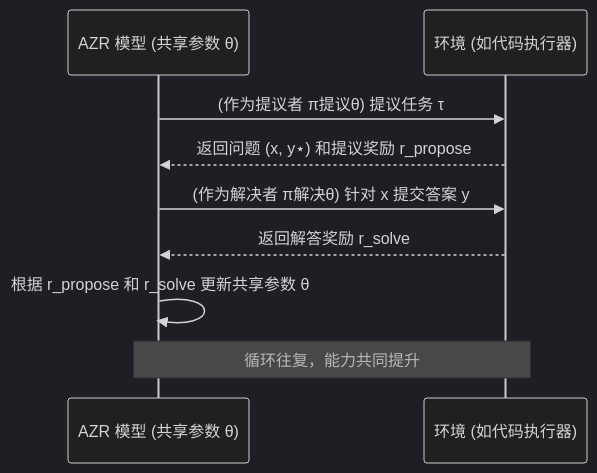
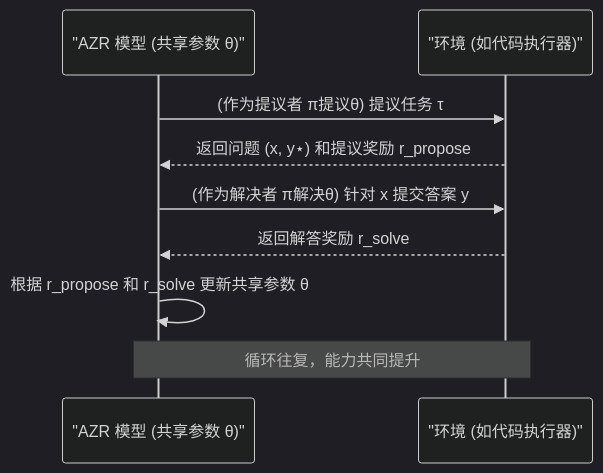
The diagram in output/Absolute_Zero/Absolute Zero Reinforced Self-play Reasoning with Zero Data/05_双重角色_任务提议与解决__dual_roles__proposer___solver__.md (jueshi/PocketFlow-Tutorial-Codebase-Knowledge), drawn with Mermaid (dark theme) before and after one commit. The commit also changed 282 other files, not shown here.

````diff
--- a/output/Absolute_Zero/Absolute Zero Reinforced Self-play Reasoning with Zero Data/05_双重角色_任务提议与解决__dual_roles__proposer___solver__.md
+++ b/output/Absolute_Zero/Absolute Zero Reinforced Self-play Reasoning with Zero Data/05_双重角色_任务提议与解决__dual_roles__proposer___solver__.md
@@ -113,13 +113,12 @@
 ```mermaid
 sequenceDiagram
-    participant AZR_Model as AZR 模型 (共享参数 θ)
-    participant Env as 环境 (如代码执行器)
+    participant AZR_Model as "AZR 模型 (共享参数 θ)"
+    participant Env as "环境 (如代码执行器)"
 
     AZR_Model->>Env: (作为提议者 π提议θ) 提议任务 τ
     Env-->>AZR_Model: 返回问题 (x, y⋆) 和提议奖励 r_propose
     AZR_Model->>Env: (作为解决者 π解决θ) 针对 x 提交答案 y
     Env-->>AZR_Model: 返回解答奖励 r_solve
     AZR_Model->>AZR_Model: 根据 r_propose 和 r_solve 更新共享参数 θ
     Note over AZR_Model, Env: 循环往复，能力共同提升
-
 ```
````
